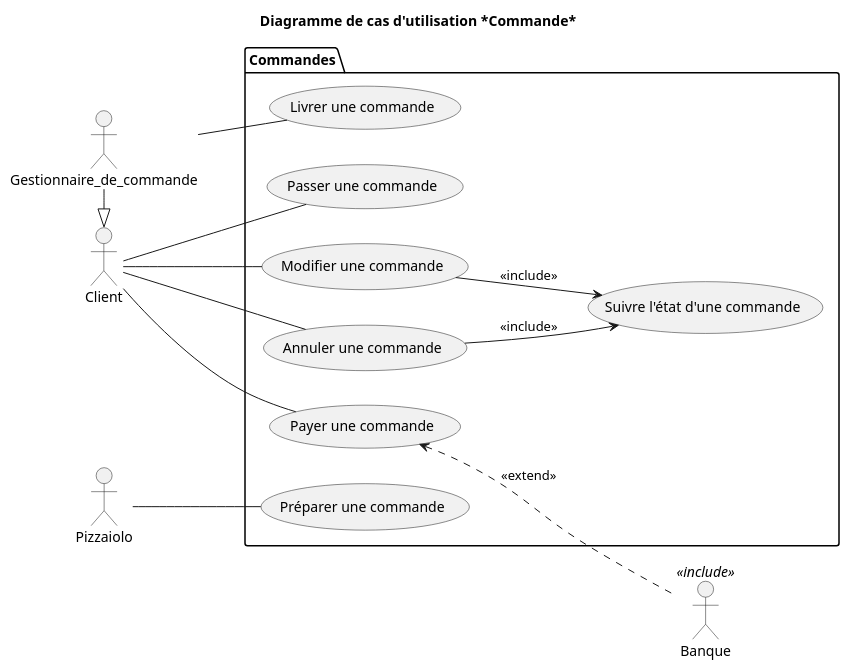
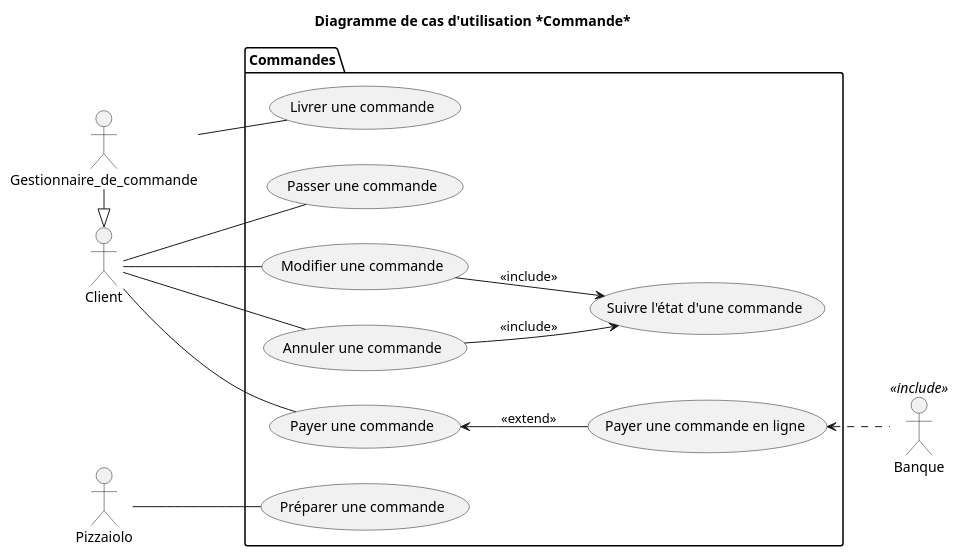
One commit to Zepmanbc/oc_dapython_pr4 changed the diagram in v3/uml/03_commande.puml. Above: the diagram before and after it, drawn with PlantUML. The commit also changed 7 other files, not shown here.

```diff
--- a/v3/uml/03_commande.puml
+++ b/v3/uml/03_commande.puml
@@ -1,36 +1,38 @@
 @startuml 03_commande
 title Diagramme de cas d'utilisation *Commande*
 
 actor Gestionnaire_de_commande as GESTCMD
 actor Client as CUSTOMER
 actor Banque <<include>> as BANK
 actor Pizzaiolo as PZLO
 
 package Commandes{
     left to right direction
     (Passer une commande) as CREATE_CMD
     (Préparer une commande) as MAKE_CMD
     (Livrer une commande) as DELIVER_CMD
     (Modifier une commande) as MODIFY_CMD
     (Annuler une commande) as CANCEL_CMD
     (Suivre l'état d'une commande) as FOLLOW_CMD
     (Payer une commande) as PAY_CMD
+    (Payer une commande en ligne) as PAY_ONLINE_CMD
 }
 
 MODIFY_CMD --> FOLLOW_CMD: <<include>>
 CANCEL_CMD --> FOLLOW_CMD: <<include>>
 
 CUSTOMER -- CREATE_CMD
 CUSTOMER -- MODIFY_CMD
 CUSTOMER -- CANCEL_CMD
 CUSTOMER -- PAY_CMD
+PAY_CMD <-- PAY_ONLINE_CMD: <<extend>>
 
 GESTCMD -- DELIVER_CMD
 
-PAY_CMD <.. BANK: <<extend>>
+PAY_ONLINE_CMD <.. BANK
 
 PZLO -- MAKE_CMD
 
 GESTCMD -|> CUSTOMER
 
 @enduml
```
